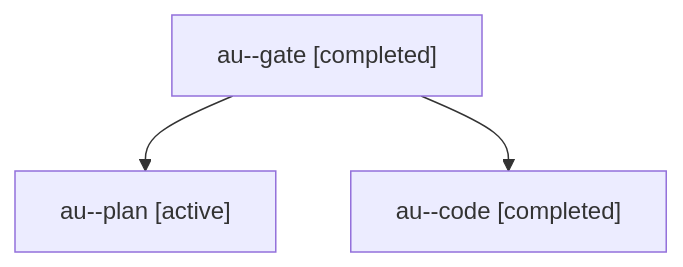
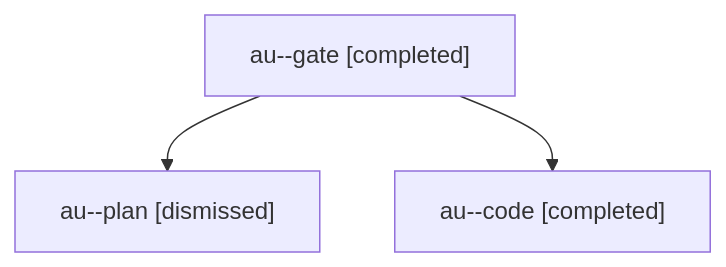
One commit to sase-org/sase--agents changed the diagram in sessions/bbugyi200.apollo.au.md. Above: the diagram before and after it, drawn with Mermaid. The commit also changed other lines of this file and 27 other files, not shown here.

````diff
--- a/sessions/bbugyi200.apollo.au.md
+++ b/sessions/bbugyi200.apollo.au.md
@@ -9,8 +9,8 @@
 ```mermaid
 flowchart TD
   n0["au--gate [completed]"]
-  n1["au--plan [active]"]
+  n1["au--plan [dismissed]"]
   n0 --> n1
   n2["au--code [completed]"]
   n0 --> n2
 ```
````
